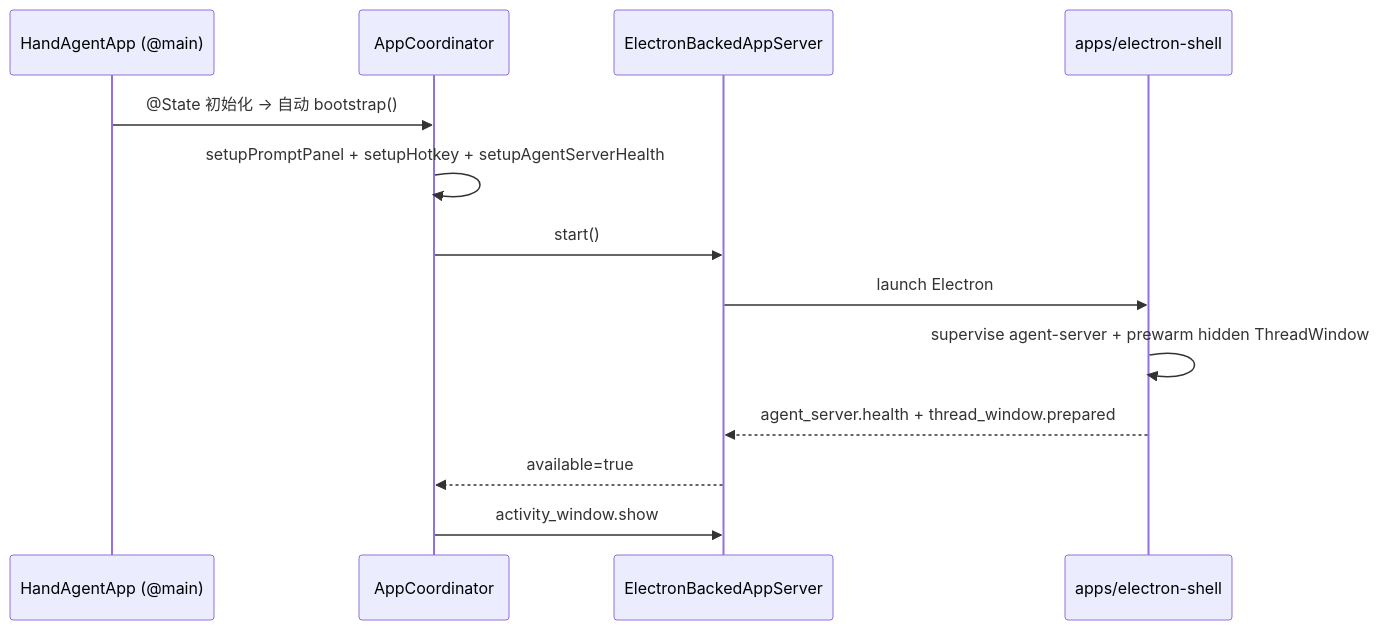
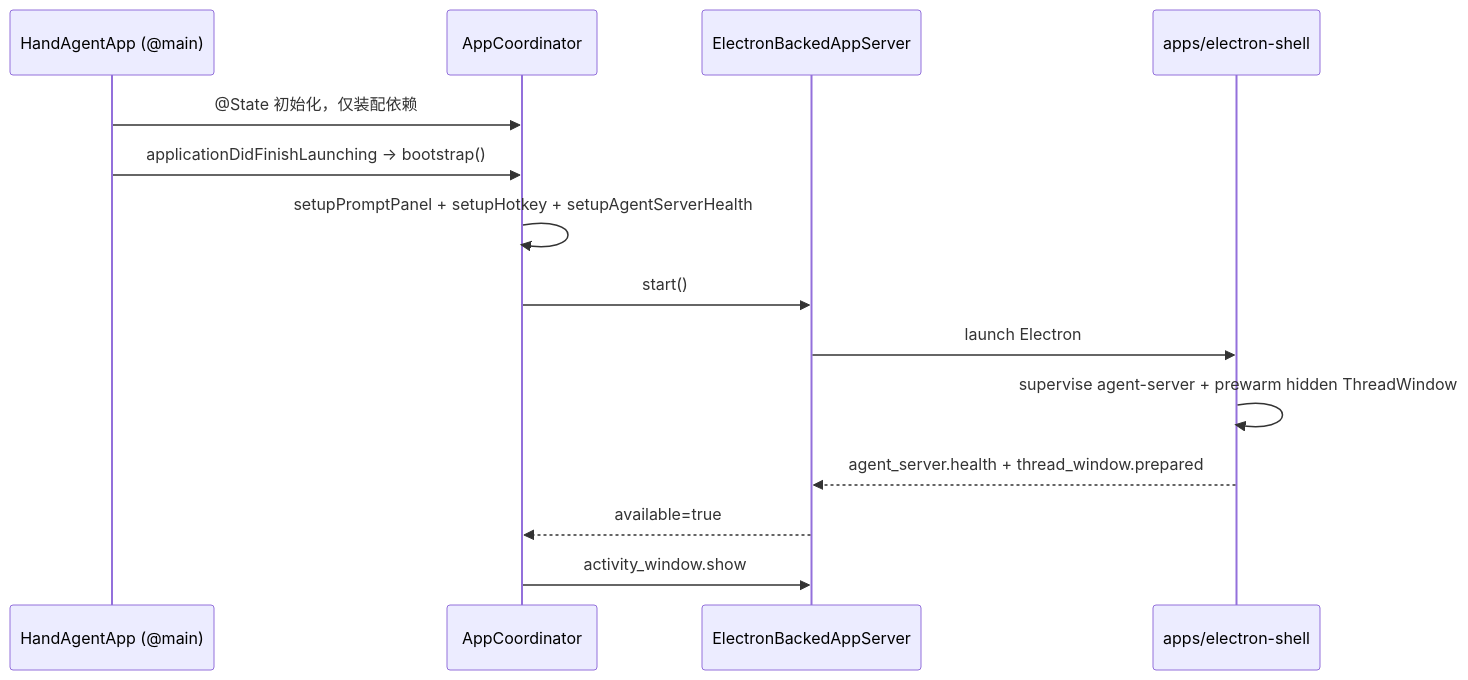
Before and after one commit to Lixuhang987/Wisp-Pocket: the first of 2 diagrams in apps/desktop/desktop.md, drawn with Mermaid. The commit also changed other lines of this file and 12 other files, not shown here.

````diff
--- a/apps/desktop/desktop.md
+++ b/apps/desktop/desktop.md
@@ -60,16 +60,17 @@
 ```mermaid
 sequenceDiagram
   participant App as HandAgentApp (@main)
   participant Coord as AppCoordinator
   participant Electron as ElectronBackedAppServer
   participant Shell as apps/electron-shell
 
-  App->>Coord: @State 初始化 → 自动 bootstrap()
+  App->>Coord: @State 初始化，仅装配依赖
+  App->>Coord: applicationDidFinishLaunching → bootstrap()
   Coord->>Coord: setupPromptPanel + setupHotkey + setupAgentServerHealth
   Coord->>Electron: start()
   Electron->>Shell: launch Electron
   Shell->>Shell: supervise agent-server + prewarm hidden ThreadWindow
   Shell-->>Electron: agent_server.health + thread_window.prepared
   Electron-->>Coord: available=true
   Coord->>Electron: activity_window.show
 ```
````
